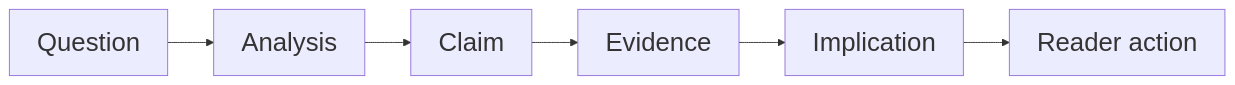
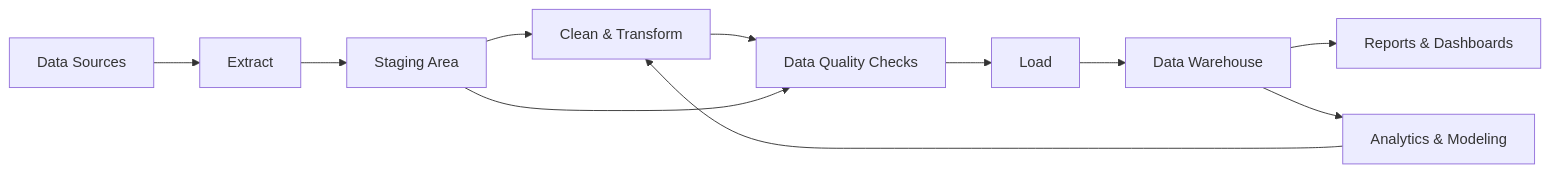
Before and after one commit to numbats/cwd: the diagram in week3/index.qmd, drawn with Mermaid. The commit also changed other lines of this file, not shown here.

````diff
--- a/week3/index.qmd
+++ b/week3/index.qmd
@@ -1123,10 +1149,21 @@
 ```{mermaid}
 %%| echo: false
-%%{init: {'themeVariables': {'fontSize': '28px'}}}%%
-flowchart LR
-  A[Question] --> B[Analysis]
-  B --> C[Claim]
-  C --> D[Evidence]
-  D --> E[Implication]
-  E --> F[Reader action]
+graph LR
+    A[Data Sources] --> B[Extract]
+    B --> C[Staging Area]
+    C --> D[Clean & Transform]
+    D --> E[Data Quality Checks]
+    
+    %% Branch: some data skips transformation
+    C --> E
+    
+    E --> F[Load]
+    F --> G[Data Warehouse]
+    
+    %% Consumption paths
+    G --> H[Reports & Dashboards]
+    G --> I[Analytics & Modeling]
+    
+    %% Feedback loop from analytics to transform
+    I --> D
 ```
````
